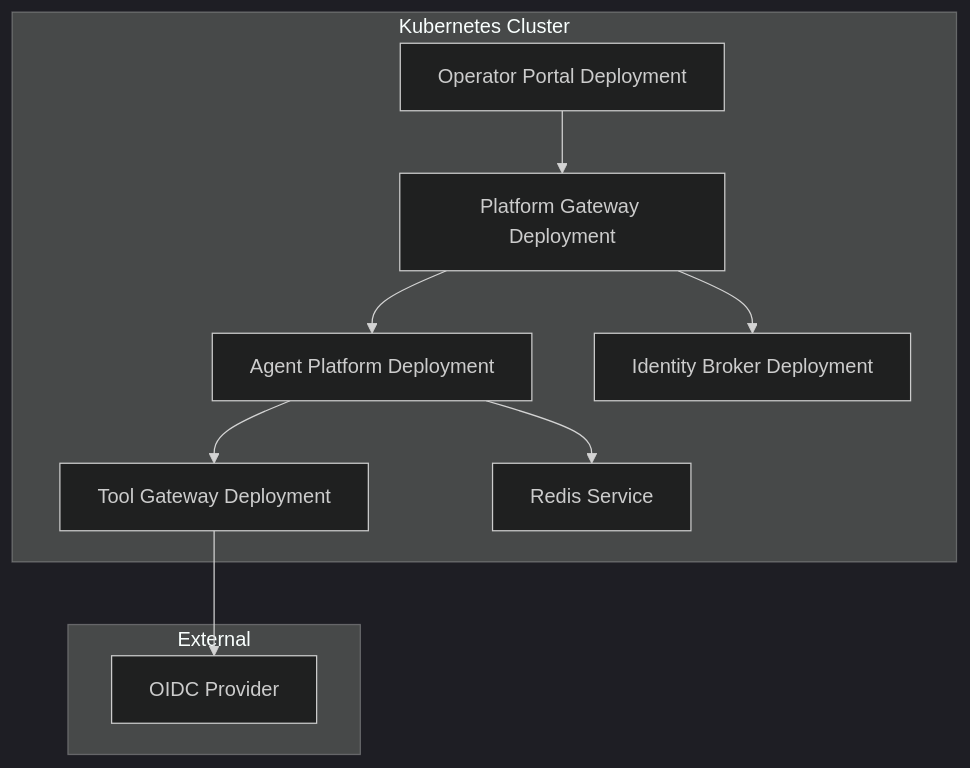
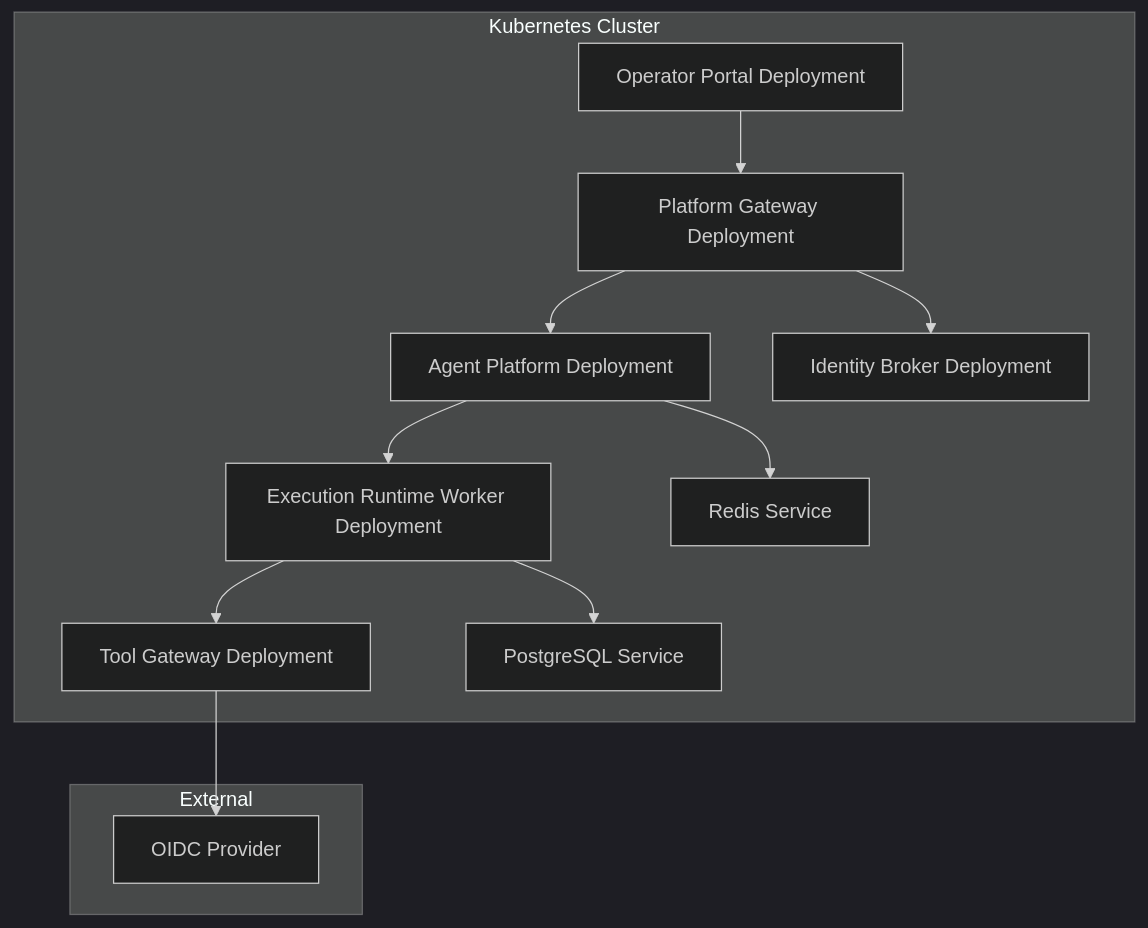
One commit to metasync/luban-aiops changed the ninth of 9 diagrams in .qoder/repowiki/en/content/Architecture Documentation/Architecture Documentation.md. Above: the diagram before and after it, drawn with Mermaid (dark theme). The commit also changed other lines of this file and 5 other files, not shown here.

````diff
--- a/.qoder/repowiki/en/content/Architecture Documentation/Architecture Documentation.md
+++ b/.qoder/repowiki/en/content/Architecture Documentation/Architecture Documentation.md
@@ -466,20 +579,24 @@
 ```mermaid
 graph TB
 subgraph "Kubernetes Cluster"
 PGW["Platform Gateway Deployment"]
 TGW["Tool Gateway Deployment"]
+ERW["Execution Runtime Worker Deployment"]
 AG["Agent Platform Deployment"]
 ID["Identity Broker Deployment"]
 UI["Operator Portal Deployment"]
 REDIS["Redis Service"]
+POSTGRES["PostgreSQL Service"]
 end
 subgraph "External"
 OIDC["OIDC Provider"]
 end
 UI --> PGW
 PGW --> AG
 PGW --> ID
-AG --> TGW
+AG --> ERW
 AG --> REDIS
+ERW --> TGW
+ERW --> POSTGRES
 TGW --> OIDC
 ```
````
